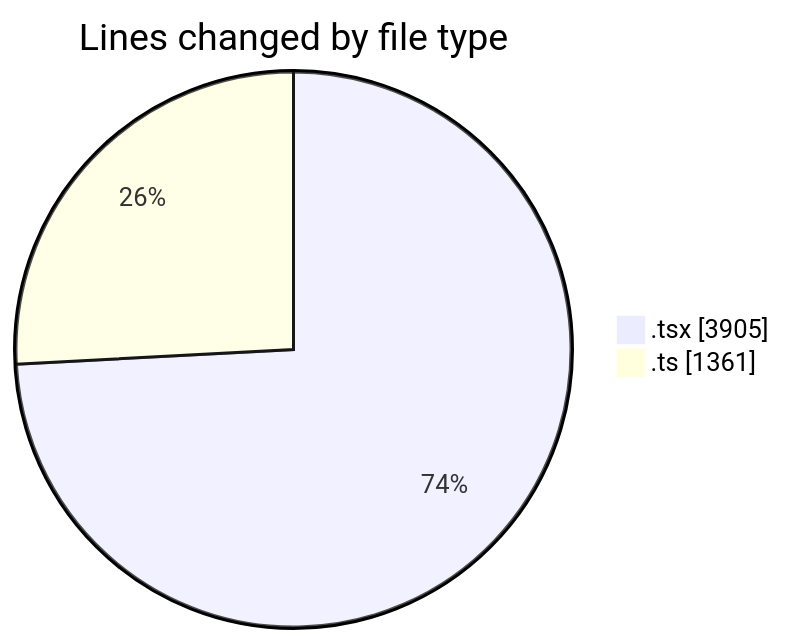
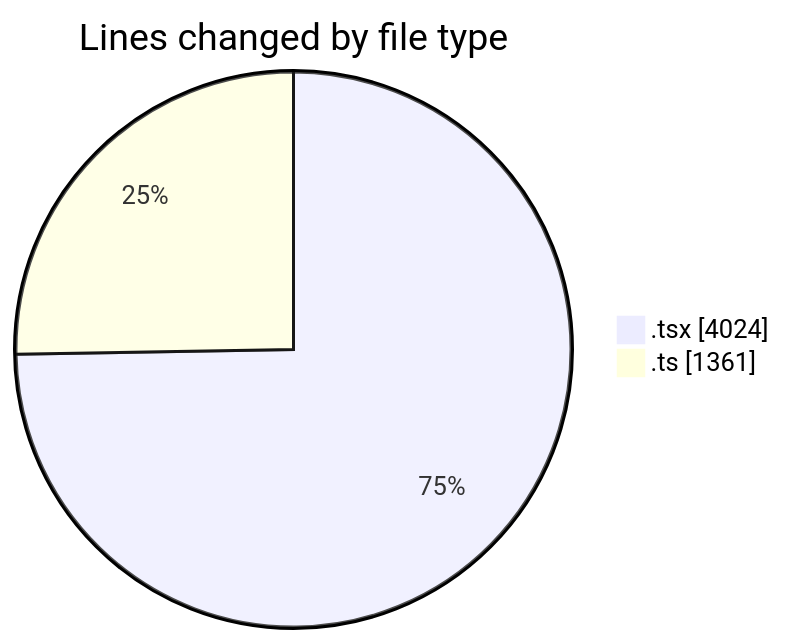
The first of 2 diagrams in 2026-03-06/nxtqube_webapp/README.md (nxtqubesakshisongat/code-tracking), drawn with Mermaid before and after one commit. The commit also changed other lines of this file and 1 other file, not shown here.

````diff
--- a/2026-03-06/nxtqube_webapp/README.md
+++ b/2026-03-06/nxtqube_webapp/README.md
@@ -32,6 +32,6 @@
 ```mermaid
 pie showData
 title Lines changed by file type
-".tsx" : 3905
+".tsx" : 4024
 ".ts" : 1361
 ```
````
